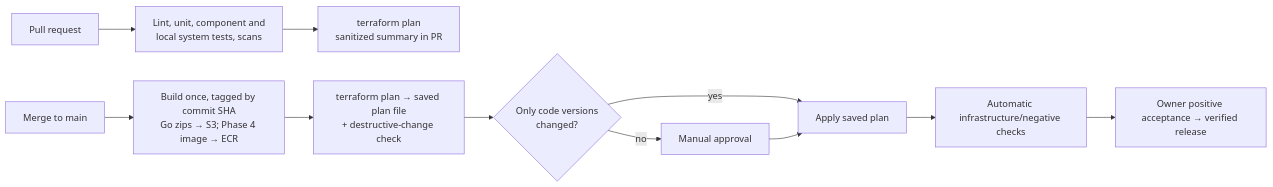
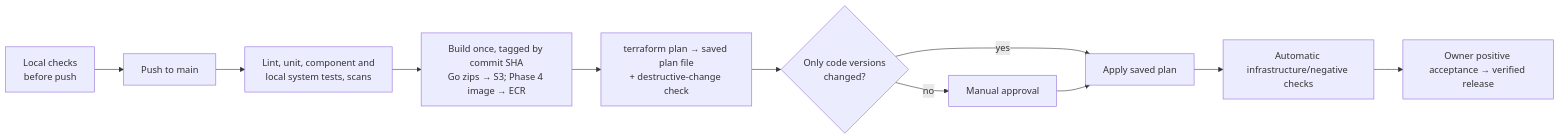
The diagram in docs/operations/deployment.md (zero11-0203/s3mail), drawn with Mermaid before and after one commit. The commit also changed other lines of this file and 4 other files, not shown here.

````diff
--- a/docs/operations/deployment.md
+++ b/docs/operations/deployment.md
@@ -88,12 +88,12 @@
 ```mermaid
 flowchart LR
-    PR["Pull request"] --> CHECKS["Lint, unit, component and<br/>local system tests, scans"]
-    CHECKS --> PLAN["terraform plan<br/>sanitized summary in PR"]
-    MERGE["Merge to main"] --> BUILD["Build once, tagged by commit SHA<br/>Go zips → S3; Phase 4 image → ECR"]
+    LOCAL["Local checks<br/>before push"] --> PUSH["Push to main"]
+    PUSH --> CHECKS["Lint, unit, component and<br/>local system tests, scans"]
+    CHECKS --> BUILD["Build once, tagged by commit SHA<br/>Go zips → S3; Phase 4 image → ECR"]
     BUILD --> MPLAN["terraform plan → saved plan file<br/>+ destructive-change check"]
     MPLAN --> KIND{"Only code versions<br/>changed?"}
     KIND -->|yes| APPLY["Apply saved plan"]
     KIND -->|no| GATE["Manual approval"] --> APPLY
     APPLY --> SMOKE["Automatic infrastructure/negative checks"]
     SMOKE --> ACCEPT["Owner positive acceptance → verified release"]
 ```
````
